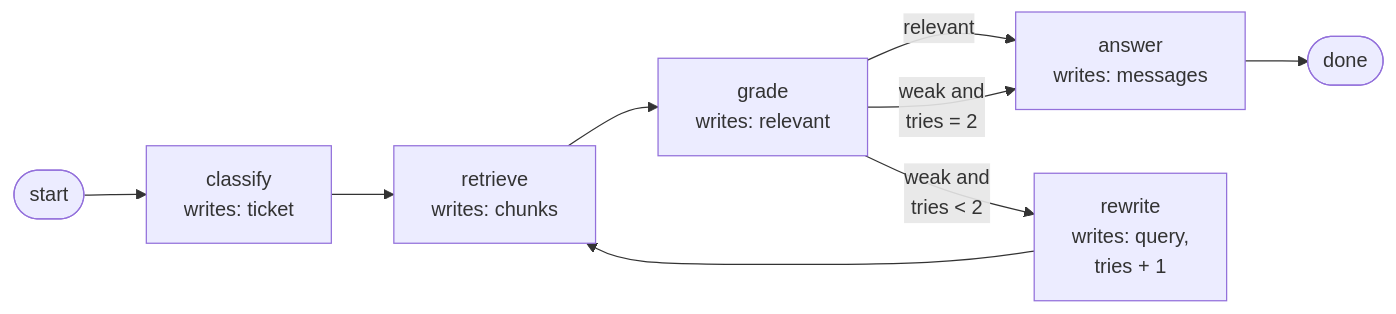
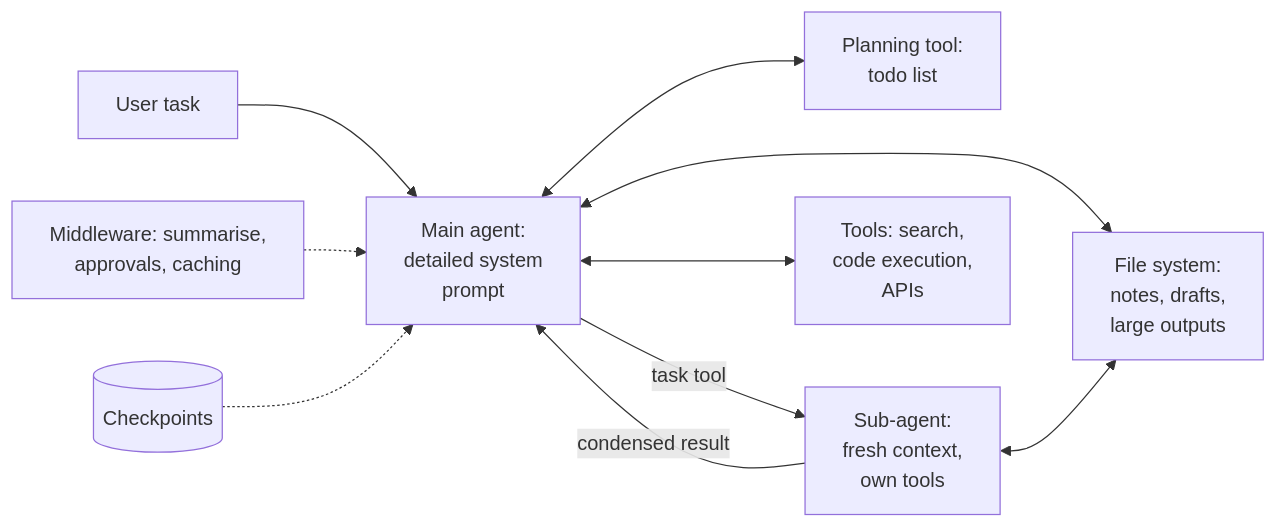
One commit to shubamchaudhary/CodeNITW changed the seventh of 7 diagrams in src/Data/aiStackDocs/CH-05.md. Above: the diagram before and after it, drawn with Mermaid. The commit also changed other lines of this file and 52 other files, not shown here.

````diff
--- a/src/Data/aiStackDocs/CH-05.md
+++ b/src/Data/aiStackDocs/CH-05.md
@@ -215,11 +285,12 @@
 ```mermaid
 flowchart LR
-    ST(["start"]) --> CL["classify<br/>writes: ticket"]
-    CL --> RE["retrieve<br/>writes: chunks"]
-    RE --> GR["grade<br/>writes: relevant"]
-    GR -->|"relevant"| AN["answer<br/>writes: messages"]
-    GR -->|"weak and<br/>tries < 2"| RW["rewrite<br/>writes: query,<br/>tries + 1"]
-    RW --> RE
-    GR -->|"weak and<br/>tries = 2"| AN
-    AN --> DN(["done"])
+    U["User task"] --> MA["Main agent:<br/>detailed system<br/>prompt"]
+    MA <--> TD["Planning tool:<br/>todo list"]
+    MA <--> FS["File system:<br/>notes, drafts,<br/>large outputs"]
+    MA -->|"task tool"| SA["Sub-agent:<br/>fresh context,<br/>own tools"]
+    SA -->|"condensed result"| MA
+    SA <--> FS
+    MA <--> TL["Tools: search,<br/>code execution,<br/>APIs"]
+    MW["Middleware: summarise,<br/>approvals, caching"] -.-> MA
+    CP[("Checkpoints")] -.-> MA
 ```
````
